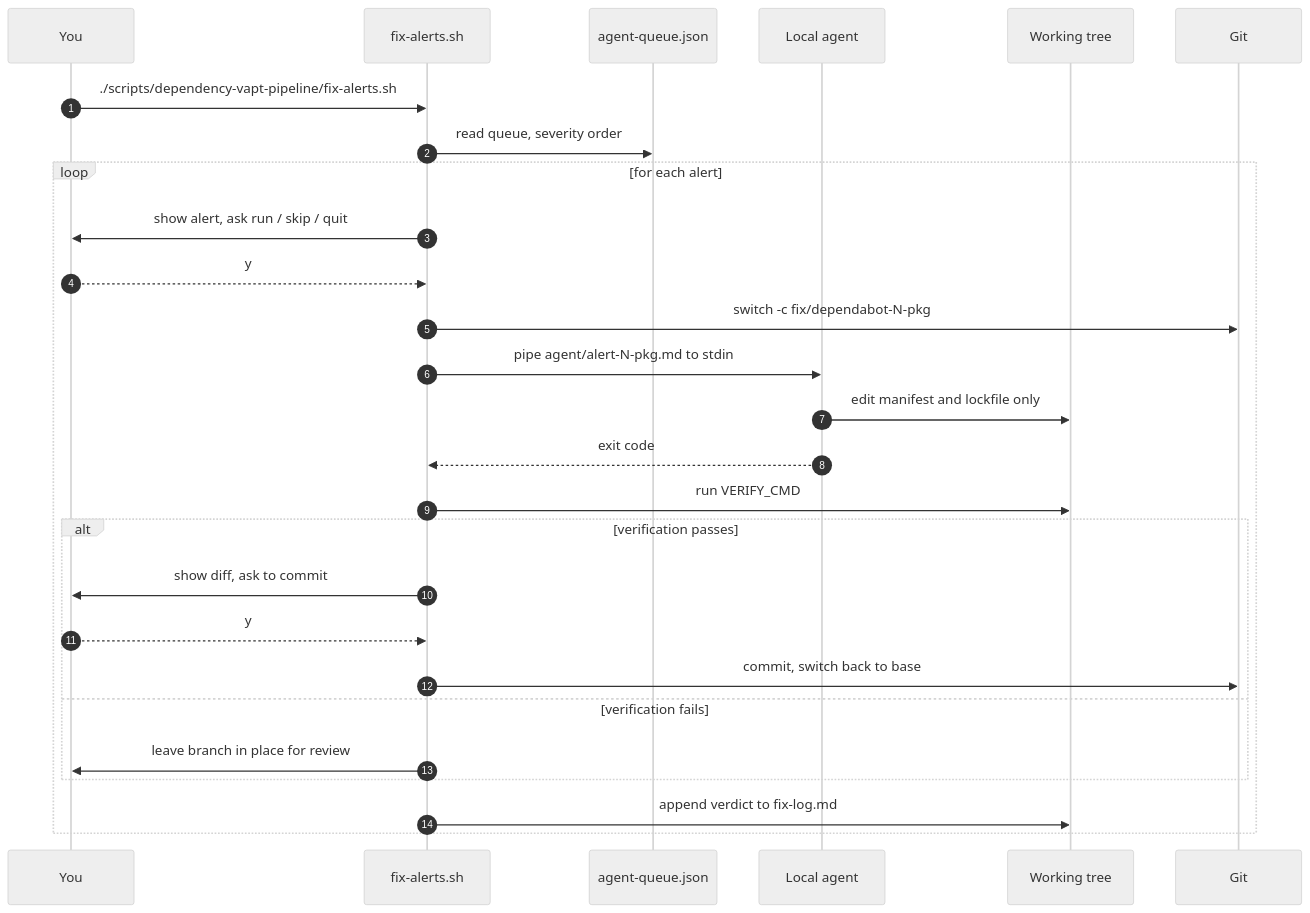
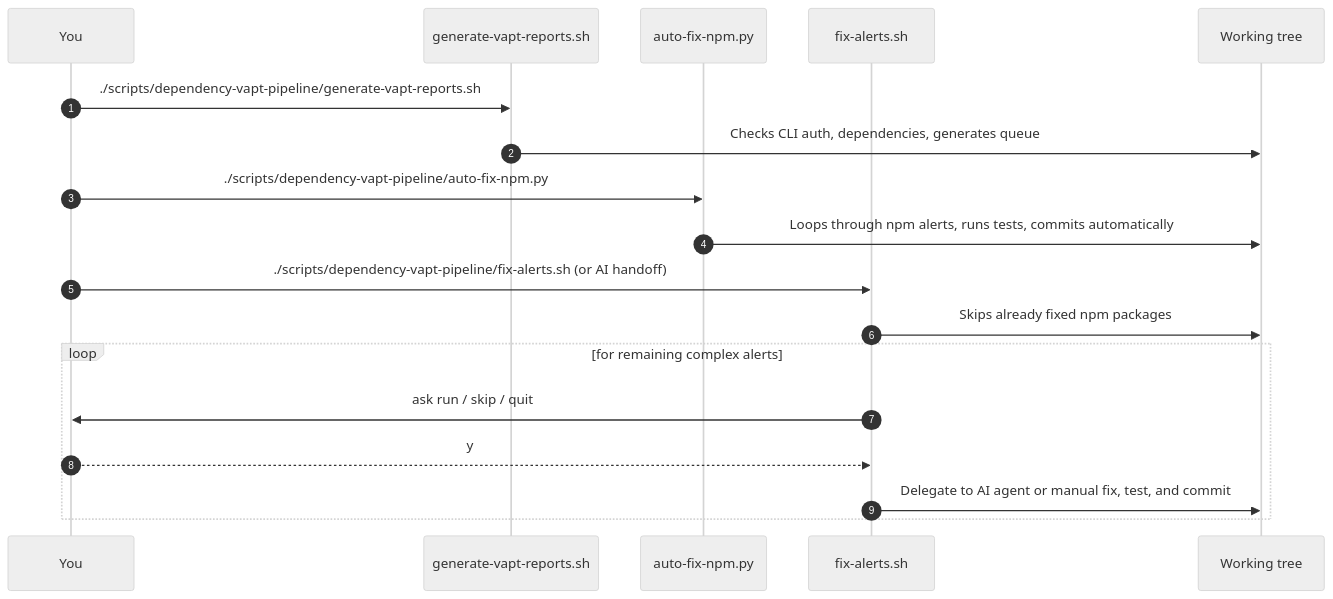
The third of 4 diagrams in docs/dependabot-pipeline-architechture.md (Mohitur669/speakit), drawn with Mermaid (neutral theme) before and after one commit. The commit also changed other lines of this file and 1 other file, not shown here.

Commit message:
docs: incorporate generate-reports and auto-fix-npm scripts into pipeline docs

````diff
--- a/docs/dependabot-pipeline-architechture.md
+++ b/docs/dependabot-pipeline-architechture.md
@@ -134,30 +136,23 @@
 ```mermaid
 sequenceDiagram
     autonumber
     participant Dev as You
+    participant Gen as generate-vapt-reports.sh
+    participant Npm as auto-fix-npm.py
     participant Sh as fix-alerts.sh
-    participant Q as agent-queue.json
-    participant Ag as Local agent
     participant Repo as Working tree
-    participant Git as Git
 
-    Dev->>Sh: ./scripts/dependency-vapt-pipeline/fix-alerts.sh
-    Sh->>Q: read queue, severity order
-    loop for each alert
-        Sh->>Dev: show alert, ask run / skip / quit
+    Dev->>Gen: ./scripts/dependency-vapt-pipeline/generate-vapt-reports.sh
+    Gen->>Repo: Checks CLI auth, dependencies, generates queue
+    
+    Dev->>Npm: ./scripts/dependency-vapt-pipeline/auto-fix-npm.py
+    Npm->>Repo: Loops through npm alerts, runs tests, commits automatically
+    
+    Dev->>Sh: ./scripts/dependency-vapt-pipeline/fix-alerts.sh (or AI handoff)
+    Sh->>Repo: Skips already fixed npm packages
+    loop for remaining complex alerts
+        Sh->>Dev: ask run / skip / quit
         Dev-->>Sh: y
-        Sh->>Git: switch -c fix/dependabot-N-pkg
-        Sh->>Ag: pipe agent/alert-N-pkg.md to stdin
-        Ag->>Repo: edit manifest and lockfile only
-        Ag-->>Sh: exit code
-        Sh->>Repo: run VERIFY_CMD
-        alt verification passes
-            Sh->>Dev: show diff, ask to commit
-            Dev-->>Sh: y
-            Sh->>Git: commit, switch back to base
-        else verification fails
-            Sh->>Dev: leave branch in place for review
-        end
-        Sh->>Repo: append verdict to fix-log.md
+        Sh->>Repo: Delegate to AI agent or manual fix, test, and commit
     end
 ```
````
